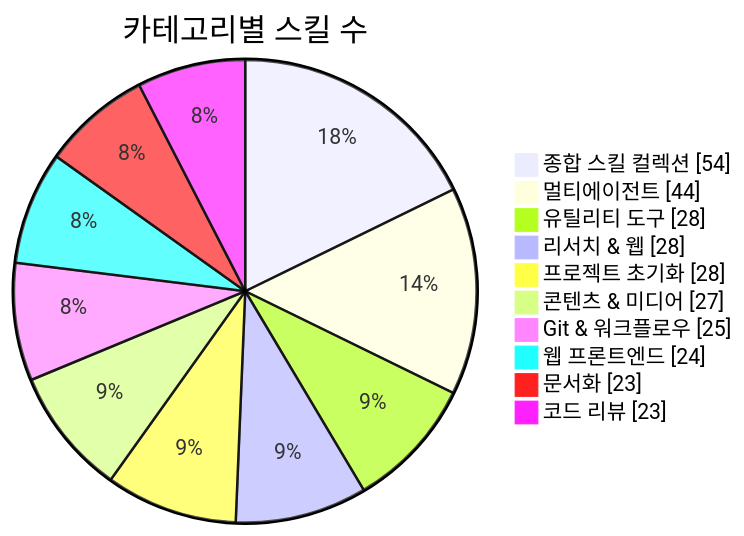
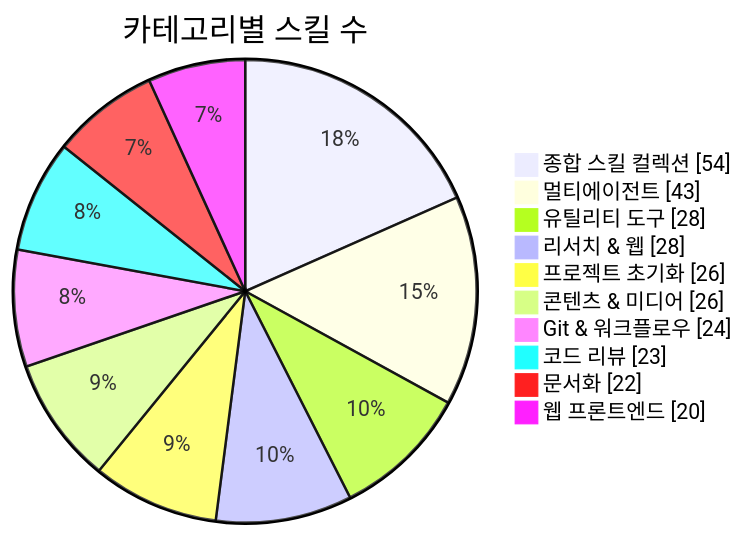
One commit to J-nowcow/awesome-korean-agent-skills changed the first of 3 diagrams in README.md. Above: the diagram before and after it, drawn with Mermaid. The commit also changed other lines of this file and 28 other files, not shown here.

````diff
--- a/README.md
+++ b/README.md
@@ -176,14 +176,14 @@
 ```mermaid
 pie showData
     title 카테고리별 스킬 수
     "종합 스킬 컬렉션" : 54
-    "멀티에이전트" : 44
+    "멀티에이전트" : 43
     "유틸리티 도구" : 28
     "리서치 & 웹" : 28
-    "프로젝트 초기화" : 28
-    "콘텐츠 & 미디어" : 27
-    "Git & 워크플로우" : 25
-    "웹 프론트엔드" : 24
-    "문서화" : 23
+    "프로젝트 초기화" : 26
+    "콘텐츠 & 미디어" : 26
+    "Git & 워크플로우" : 24
     "코드 리뷰" : 23
+    "문서화" : 22
+    "웹 프론트엔드" : 20
 ```
````
